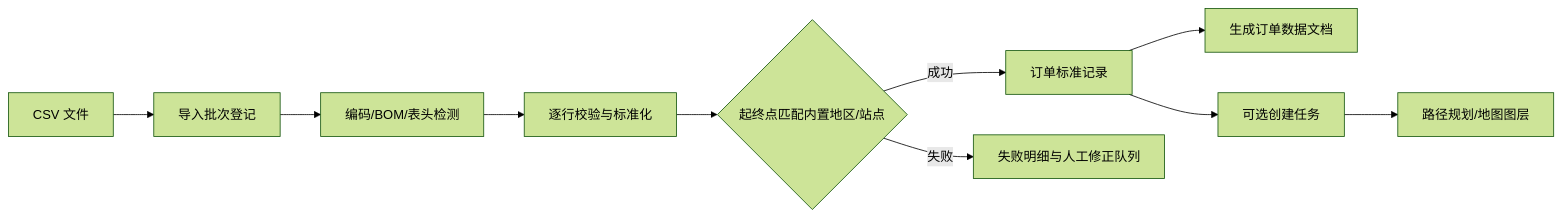
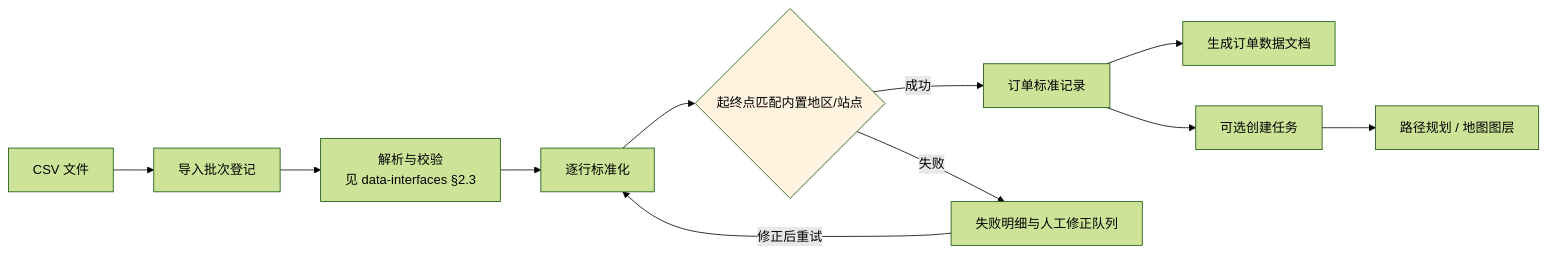
One commit to sunstflower/831 changed the diagram in docs/order-data-map-design.md. Above: the diagram before and after it, drawn with Mermaid (forest theme). The commit also changed other lines of this file and 7 other files, not shown here.

````diff
--- a/docs/order-data-map-design.md
+++ b/docs/order-data-map-design.md
@@ -21,12 +58,15 @@
 ```mermaid
 flowchart LR
-  A[CSV 文件] --> B[导入批次登记]
-  B --> C[编码/BOM/表头检测]
-  C --> D[逐行校验与标准化]
-  D --> E{起终点匹配内置地区/站点}
-  E -->|成功| F[订单标准记录]
-  E -->|失败| G[失败明细与人工修正队列]
-  F --> H[生成订单数据文档]
-  F --> I[可选创建任务]
-  I --> J[路径规划/地图图层]
+  A["CSV 文件"] --> B["导入批次登记"]
+  B --> C["解析与校验<br/>见 data-interfaces §2.3"]
+  C --> D["逐行标准化"]
+  D --> E{"起终点匹配内置地区/站点"}
+  E -->|成功| F["订单标准记录"]
+  E -->|失败| G["失败明细与人工修正队列"]
+  F --> H["生成订单数据文档"]
+  F --> I["可选创建任务"]
+  I --> J["路径规划 / 地图图层"]
+  G -->|修正后重试| D
+
+  style E fill:#fff3e0
 ```
````
